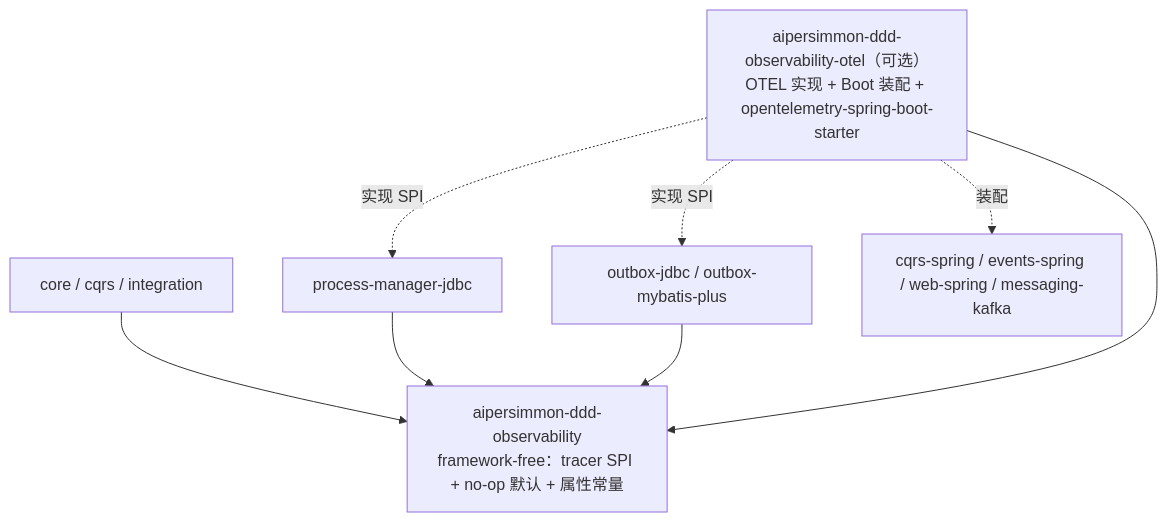
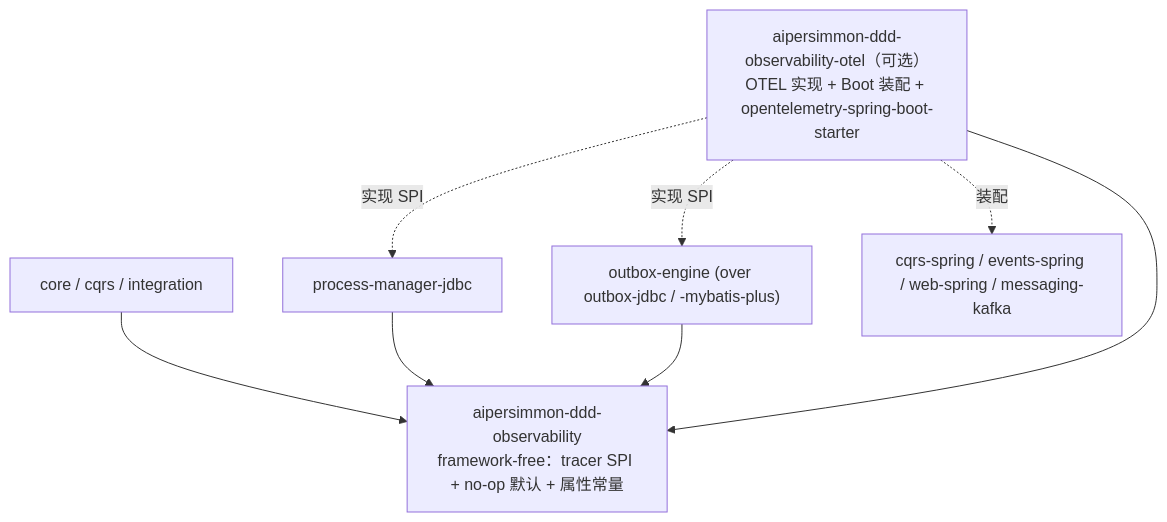
Before and after one commit to ryan-alexander-zhang/ai-native-project-template: the fourth of 4 diagrams in docs/design/design-00005-observability-and-distributed-tracing.md, drawn with Mermaid. The commit also changed other lines of this file and 4 other files, not shown here.

First line of the commit message:
docs: record the outbox engine extraction

````diff
--- a/docs/design/design-00005-observability-and-distributed-tracing.md
+++ b/docs/design/design-00005-observability-and-distributed-tracing.md
@@ -268,18 +268,18 @@
 ```mermaid
 flowchart TD
   obs["aipersimmon-ddd-observability<br/>framework-free：tracer SPI + no-op 默认 + 属性常量"]
   otel["aipersimmon-ddd-observability-otel（可选）<br/>OTEL 实现 + Boot 装配 + opentelemetry-spring-boot-starter"]
 
   core["core / cqrs / integration"]
   pm["process-manager-jdbc"]
-  ob["outbox-jdbc / outbox-mybatis-plus"]
+  ob["outbox-engine (over outbox-jdbc / -mybatis-plus)"]
   cqrsSpring["cqrs-spring / events-spring / web-spring / messaging-kafka"]
 
   core --> obs
   pm --> obs
   ob --> obs
   otel --> obs
   otel -. 装配 .-> cqrsSpring
   otel -. 实现 SPI .-> pm
   otel -. 实现 SPI .-> ob
 ```
````
